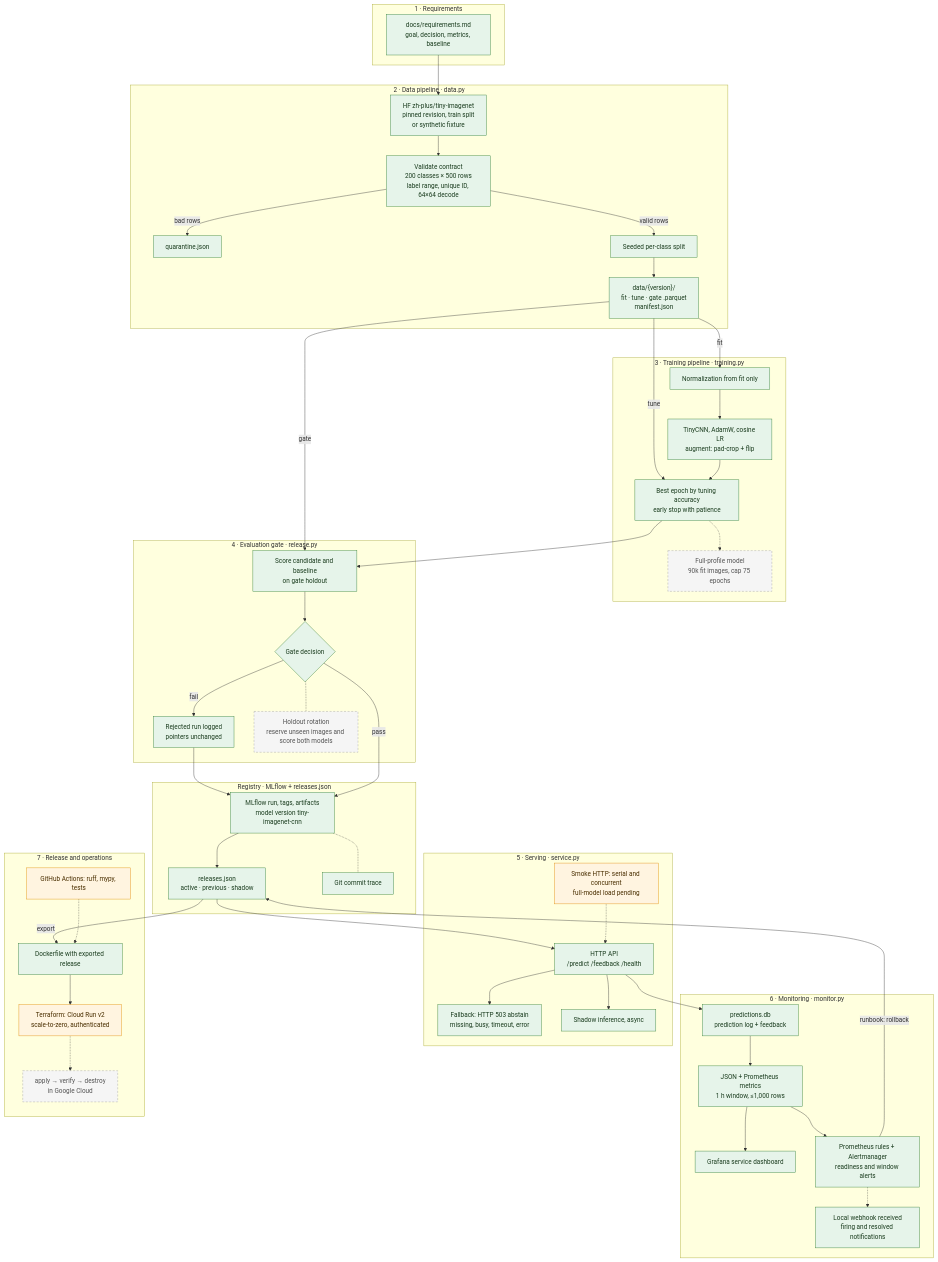
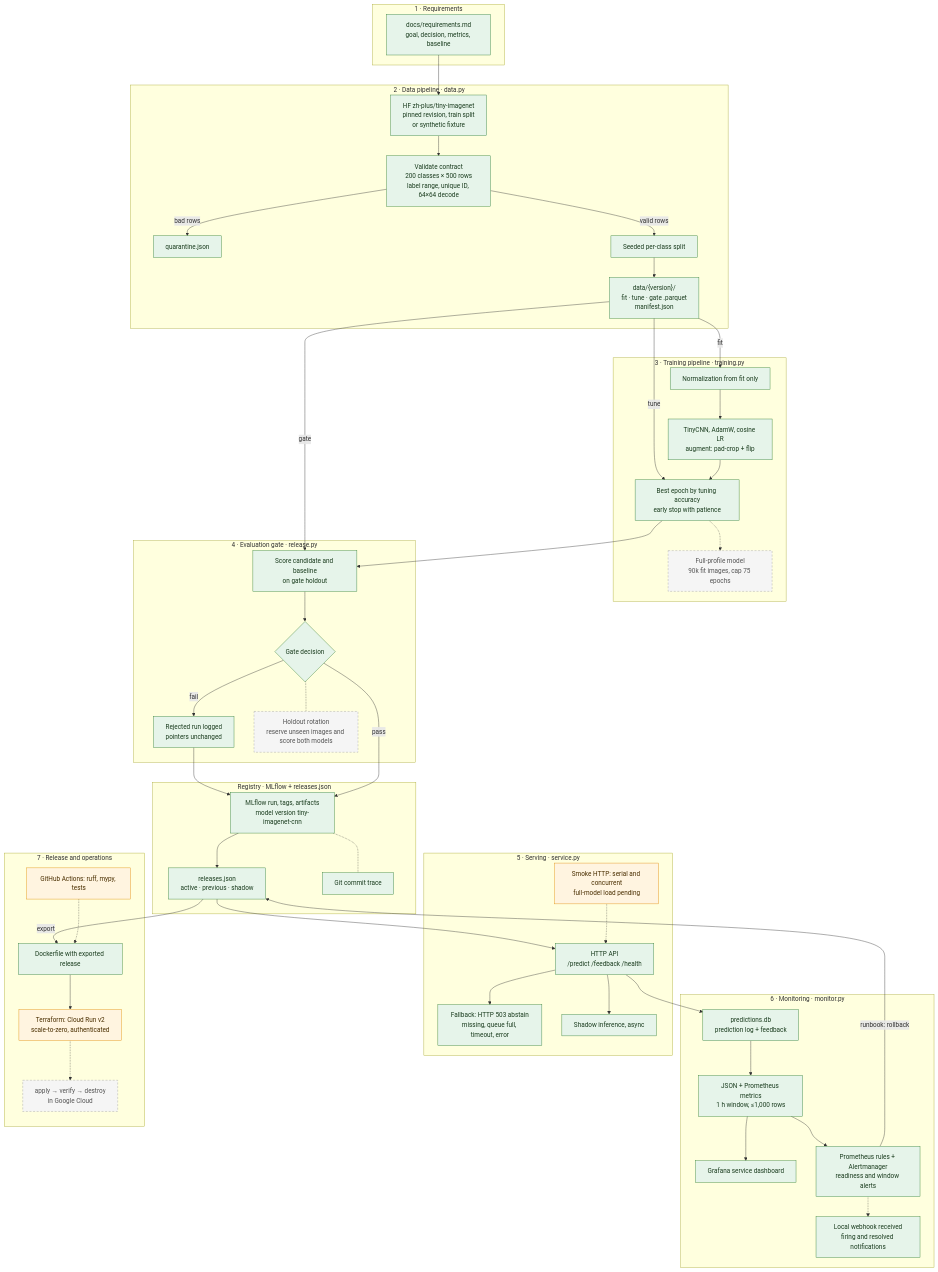
The second of 7 diagrams in docs/design.md (sunnakh/tiny-imagenet-ml-system), drawn with Mermaid before and after one commit. The commit also changed other lines of this file and 2 other files, not shown here.

Commit message:
docs: record inference queue results

```diff
--- a/docs/design.md
+++ b/docs/design.md
@@ -67,7 +67,7 @@
 
     subgraph S5["5 · Serving · service.py"]
         API["HTTP API<br/>/predict /feedback /health"]:::done
-        FB["Fallback: HTTP 503 abstain<br/>missing, busy, timeout, error"]:::done
+        FB["Fallback: HTTP 503 abstain<br/>missing, queue full, timeout, error"]:::done
         SH["Shadow inference, async"]:::done
         LT["Smoke HTTP: serial and concurrent<br/>full-model load pending"]:::partial
     end
```
